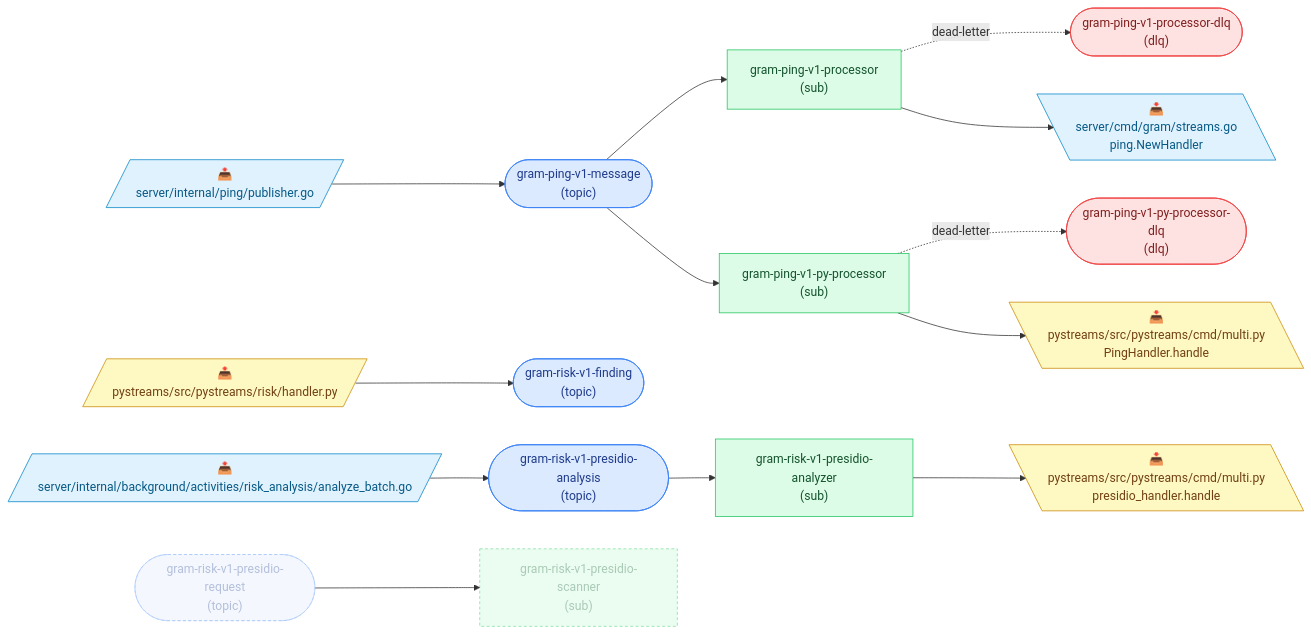
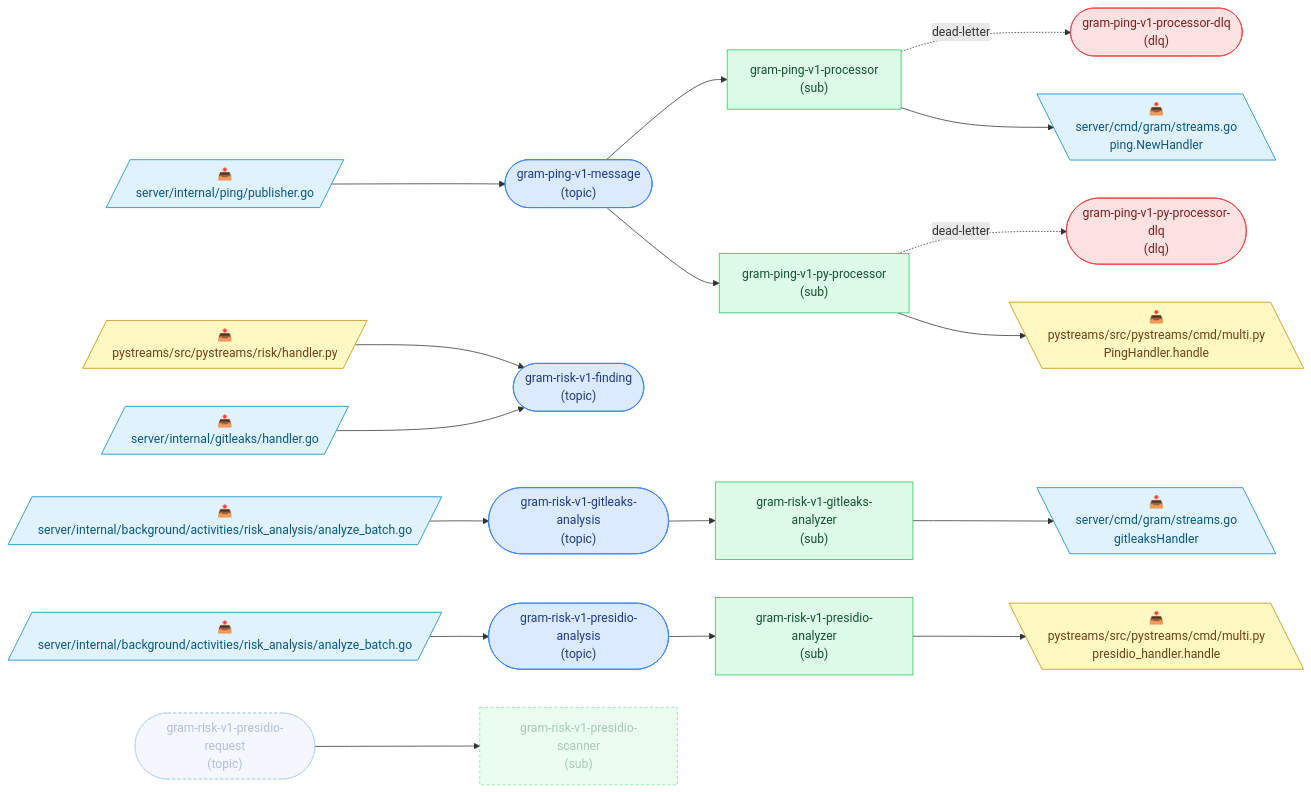
The diagram in docs/pubsub-topology.md (speakeasy-api/gram), drawn with Mermaid before and after one commit. The commit also changed other lines of this file, not shown here.

Commit message:
regen topology

````diff
--- a/docs/pubsub-topology.md
+++ b/docs/pubsub-topology.md
@@ -9,41 +9,50 @@
 ```mermaid
 flowchart LR
   classDef topic fill:#dbeafe,stroke:#3b82f6,color:#1e3a8a;
   classDef dlq fill:#fee2e2,stroke:#ef4444,color:#7f1d1d;
   classDef sub fill:#dcfce7,stroke:#22c55e,color:#14532d;
   classDef go fill:#e0f2fe,stroke:#0284c7,color:#075985;
   classDef python fill:#fef9c3,stroke:#ca8a04,color:#713f12;
   classDef deprecated stroke-dasharray:4 3,opacity:0.55;
 
   t_gram_ping_v1_message(["gram-ping-v1-message<br/>(topic)"]):::topic
   t_gram_ping_v1_processor_dlq(["gram-ping-v1-processor-dlq<br/>(dlq)"]):::dlq
   t_gram_ping_v1_py_processor_dlq(["gram-ping-v1-py-processor-dlq<br/>(dlq)"]):::dlq
   t_gram_risk_v1_finding(["gram-risk-v1-finding<br/>(topic)"]):::topic
+  t_gram_risk_v1_gitleaks_analysis(["gram-risk-v1-gitleaks-analysis<br/>(topic)"]):::topic
   t_gram_risk_v1_presidio_analysis(["gram-risk-v1-presidio-analysis<br/>(topic)"]):::topic
   t_gram_risk_v1_presidio_request(["gram-risk-v1-presidio-request<br/>(topic)"]):::topic
   s_gram_ping_v1_processor["gram-ping-v1-processor<br/>(sub)"]:::sub
   s_gram_ping_v1_py_processor["gram-ping-v1-py-processor<br/>(sub)"]:::sub
+  s_gram_risk_v1_gitleaks_analyzer["gram-risk-v1-gitleaks-analyzer<br/>(sub)"]:::sub
   s_gram_risk_v1_presidio_analyzer["gram-risk-v1-presidio-analyzer<br/>(sub)"]:::sub
   s_gram_risk_v1_presidio_scanner["gram-risk-v1-presidio-scanner<br/>(sub)"]:::sub
 
   p0[/"📤<br/>server/internal/ping/publisher.go"/]:::go
   p0 --> t_gram_ping_v1_message
   p1[/"📤<br/>pystreams/src/pystreams/risk/handler.py"/]:::python
   p1 --> t_gram_risk_v1_finding
-  p2[/"📤<br/>server/internal/background/activities/risk_analysis/analyze_batch.go"/]:::go
-  p2 --> t_gram_risk_v1_presidio_analysis
+  p2[/"📤<br/>server/internal/gitleaks/handler.go"/]:::go
+  p2 --> t_gram_risk_v1_finding
+  p3[/"📤<br/>server/internal/background/activities/risk_analysis/analyze_batch.go"/]:::go
+  p3 --> t_gram_risk_v1_gitleaks_analysis
+  p4[/"📤<br/>server/internal/background/activities/risk_analysis/analyze_batch.go"/]:::go
+  p4 --> t_gram_risk_v1_presidio_analysis
   t_gram_ping_v1_message --> s_gram_ping_v1_processor
   s_gram_ping_v1_processor -. dead-letter .-> t_gram_ping_v1_processor_dlq
   t_gram_ping_v1_message --> s_gram_ping_v1_py_processor
   s_gram_ping_v1_py_processor -. dead-letter .-> t_gram_ping_v1_py_processor_dlq
+  t_gram_risk_v1_gitleaks_analysis --> s_gram_risk_v1_gitleaks_analyzer
   t_gram_risk_v1_presidio_analysis --> s_gram_risk_v1_presidio_analyzer
   t_gram_risk_v1_presidio_request --> s_gram_risk_v1_presidio_scanner
-  c3[\"📥<br/>server/cmd/gram/streams.go<br/>ping.NewHandler"\]:::go
-  s_gram_ping_v1_processor --> c3
-  c4[\"📥<br/>pystreams/src/pystreams/cmd/multi.py<br/>PingHandler.handle"\]:::python
-  s_gram_ping_v1_py_processor --> c4
-  c5[\"📥<br/>pystreams/src/pystreams/cmd/multi.py<br/>presidio_handler.handle"\]:::python
-  s_gram_risk_v1_presidio_analyzer --> c5
+  c5[\"📥<br/>server/cmd/gram/streams.go<br/>ping.NewHandler"\]:::go
+  s_gram_ping_v1_processor --> c5
+  c6[\"📥<br/>pystreams/src/pystreams/cmd/multi.py<br/>PingHandler.handle"\]:::python
+  s_gram_ping_v1_py_processor --> c6
+  c7[\"📥<br/>server/cmd/gram/streams.go<br/>gitleaksHandler"\]:::go
+  s_gram_risk_v1_gitleaks_analyzer --> c7
+  c8[\"📥<br/>pystreams/src/pystreams/cmd/multi.py<br/>presidio_handler.handle"\]:::python
+  s_gram_risk_v1_presidio_analyzer --> c8
 
   class t_gram_risk_v1_presidio_request,s_gram_risk_v1_presidio_scanner deprecated;
 ```
````
